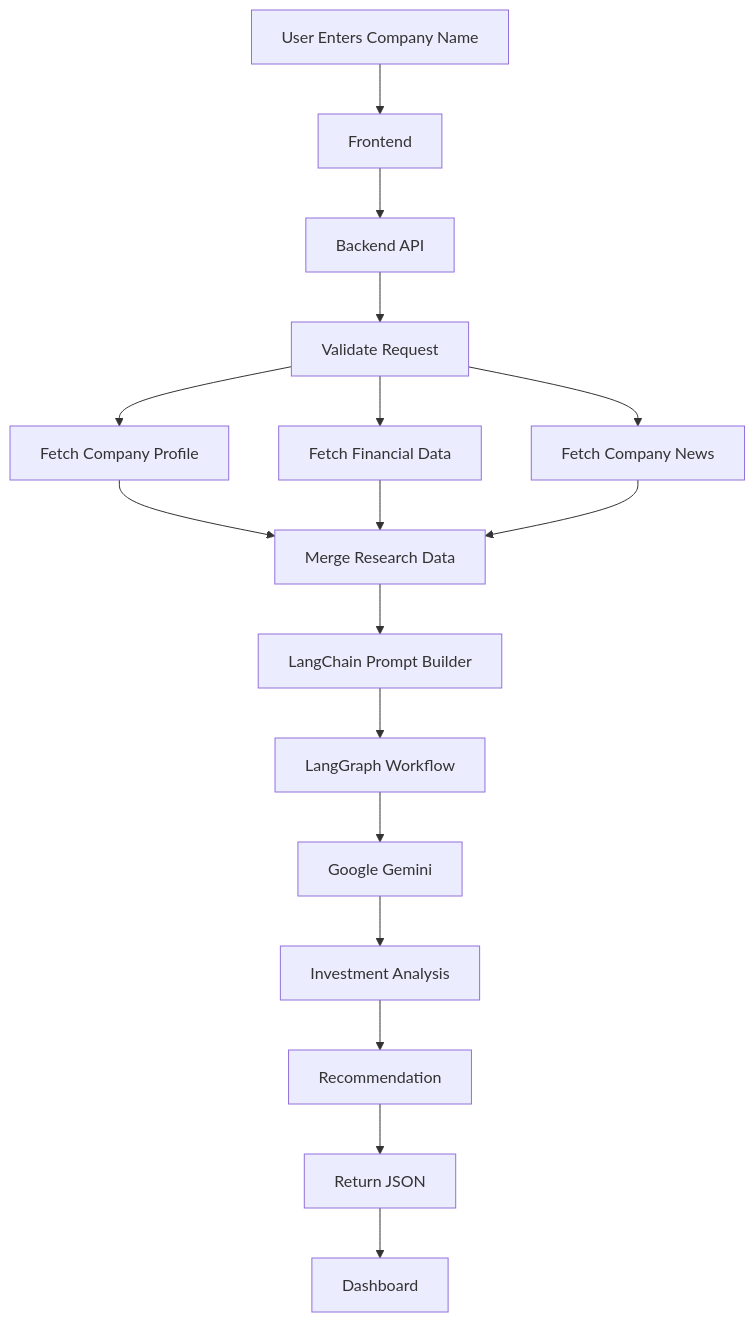
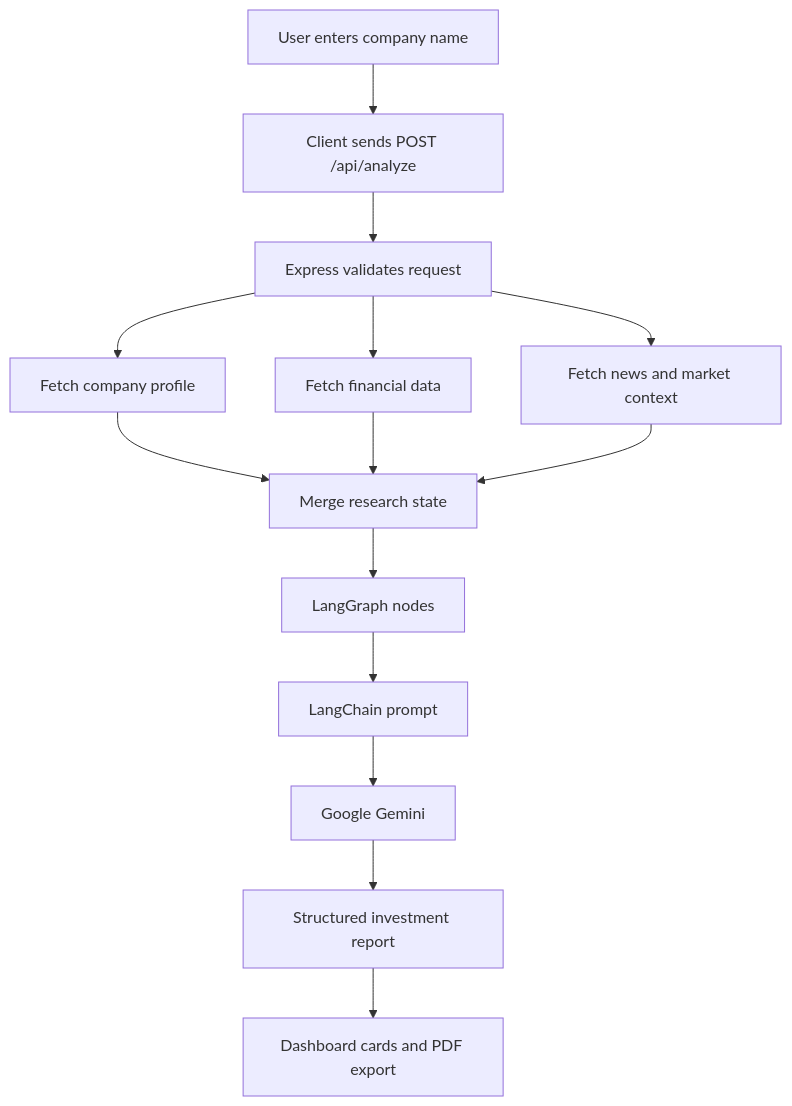
Before and after one commit to aeyushhh23/AI_Investmen_Research: the second of 4 diagrams in README.md, drawn with Mermaid. The commit also changed other lines of this file, not shown here.

````diff
--- a/README.md
+++ b/README.md
@@ -213,37 +164,16 @@
 ```mermaid
 flowchart TD
-
-A[User Enters Company Name]
-
-A --> B[Frontend]
-
-B --> C[Backend API]
-
-C --> D[Validate Request]
-
-D --> E[Fetch Company Profile]
-
-D --> F[Fetch Financial Data]
-
-D --> G[Fetch Company News]
-
-E --> H[Merge Research Data]
-
-F --> H
-
-G --> H
-
-H --> I[LangChain Prompt Builder]
-
-I --> J[LangGraph Workflow]
-
-J --> K[Google Gemini]
-
-K --> L[Investment Analysis]
-
-L --> M[Recommendation]
-
-M --> N[Return JSON]
-
-N --> O[Dashboard]
+    A["User enters company name"] --> B["Client sends POST /api/analyze"]
+    B --> C["Express validates request"]
+    C --> D["Fetch company profile"]
+    C --> E["Fetch financial data"]
+    C --> F["Fetch news and market context"]
+    D --> G["Merge research state"]
+    E --> G
+    F --> G
+    G --> H["LangGraph nodes"]
+    H --> I["LangChain prompt"]
+    I --> J["Google Gemini"]
+    J --> K["Structured investment report"]
+    K --> L["Dashboard cards and PDF export"]
 ```
````
